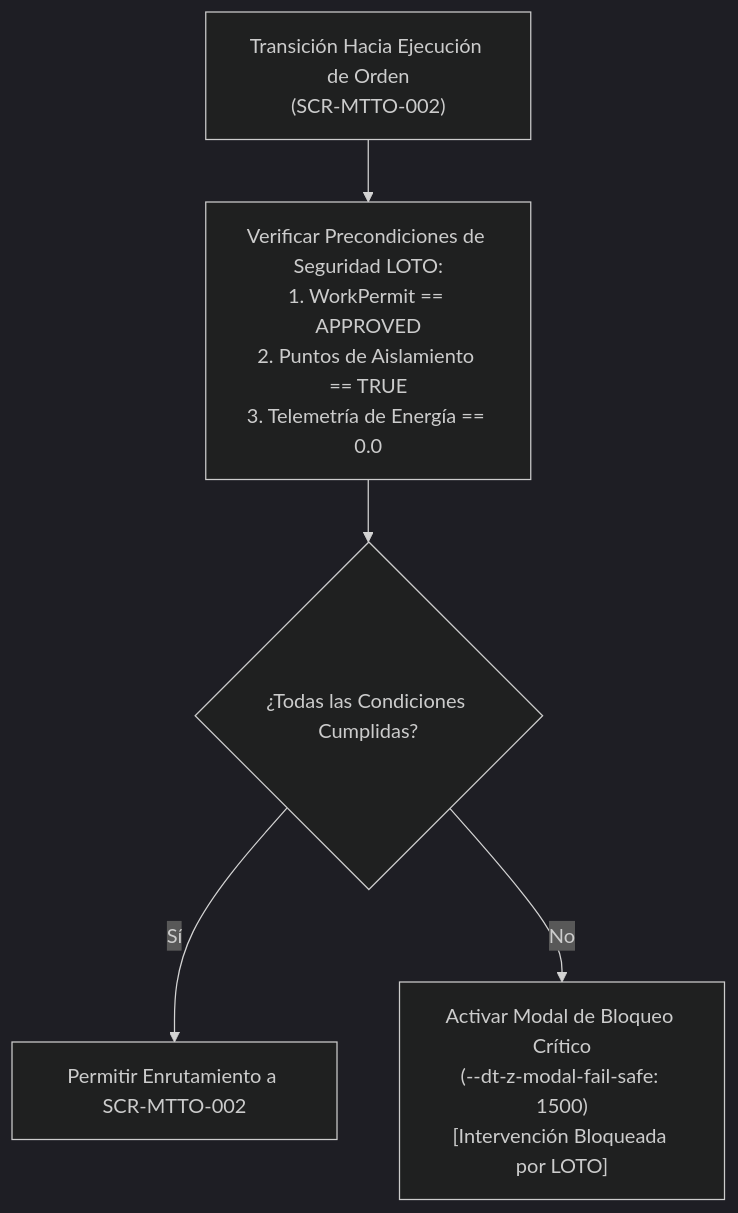
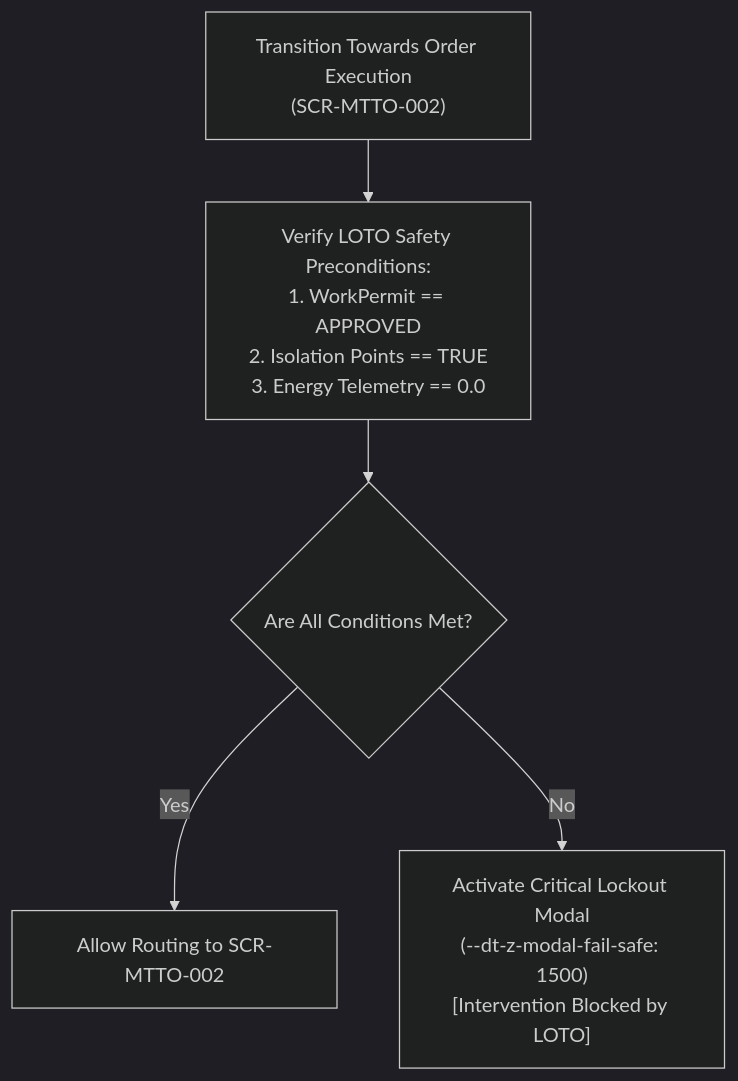
The sixth of 6 diagrams in ui-ux/DT-UI-NAV-DOC-001.md (Novav20/adso-dteam-docs), drawn with Mermaid (dark theme) before and after one commit. The commit also changed other lines of this file, not shown here.

````diff
--- a/ui-ux/DT-UI-NAV-DOC-001.md
+++ b/ui-ux/DT-UI-NAV-DOC-001.md
@@ -228,7 +228,7 @@
 ```mermaid
 flowchart TD
-    StartLOTO["Transición Hacia Ejecución de Orden<br/>(SCR-MTTO-002)"] --> CheckLOTO["Verificar Precondiciones de Seguridad LOTO:<br/>1. WorkPermit == APPROVED<br/>2. Puntos de Aislamiento == TRUE<br/>3. Telemetría de Energía == 0.0"]
-    CheckLOTO --> LOTOValid{"¿Todas las Condiciones Cumplidas?"}
-    LOTOValid -- "Sí" --> AllowRoute["Permitir Enrutamiento a SCR-MTTO-002"]
-    LOTOValid -- "No" --> FailSafeModal["Activar Modal de Bloqueo Crítico<br/>(--dt-z-modal-fail-safe: 1500)<br/>[Intervención Bloqueada por LOTO]"]
+    StartLOTO["Transition Towards Order Execution<br/>(SCR-MTTO-002)"] --> CheckLOTO["Verify LOTO Safety Preconditions:<br/>1. WorkPermit == APPROVED<br/>2. Isolation Points == TRUE<br/>3. Energy Telemetry == 0.0"]
+    CheckLOTO --> LOTOValid{"Are All Conditions Met?"}
+    LOTOValid -- "Yes" --> AllowRoute["Allow Routing to SCR-MTTO-002"]
+    LOTOValid -- "No" --> FailSafeModal["Activate Critical Lockout Modal<br/>(--dt-z-modal-fail-safe: 1500)<br/>[Intervention Blocked by LOTO]"]
 ```
````
